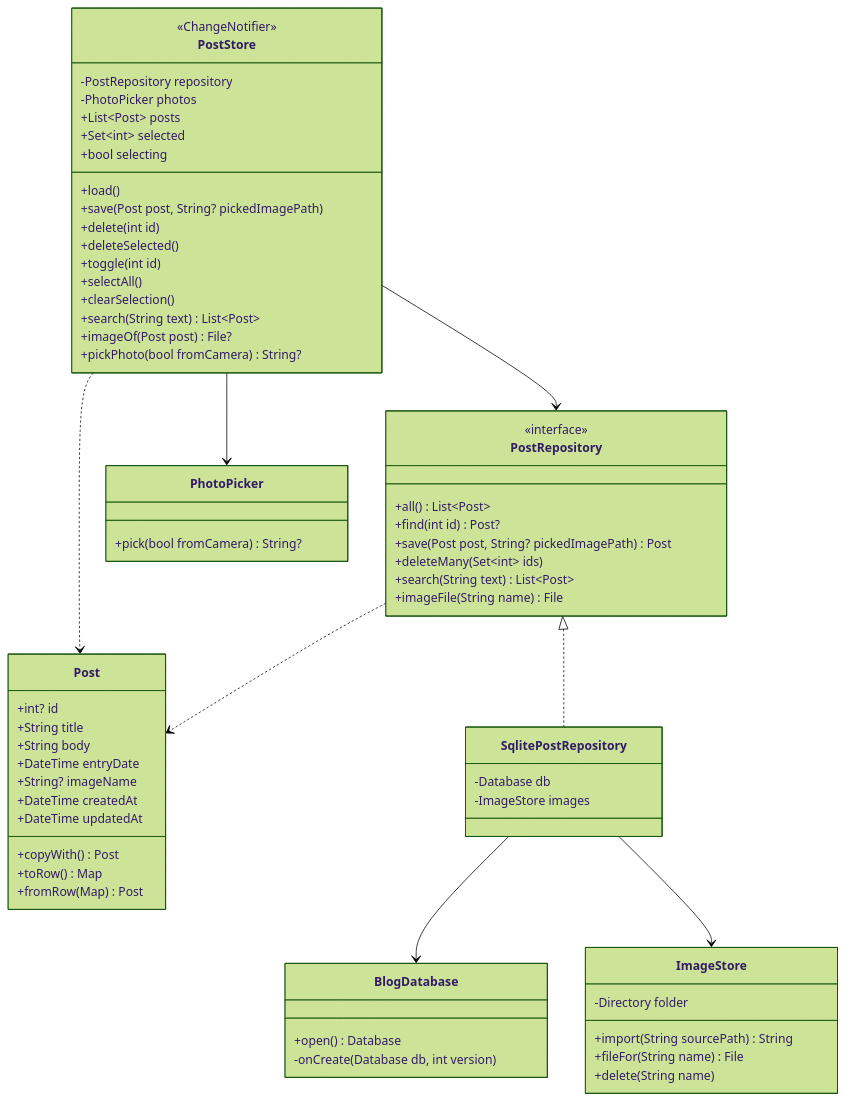
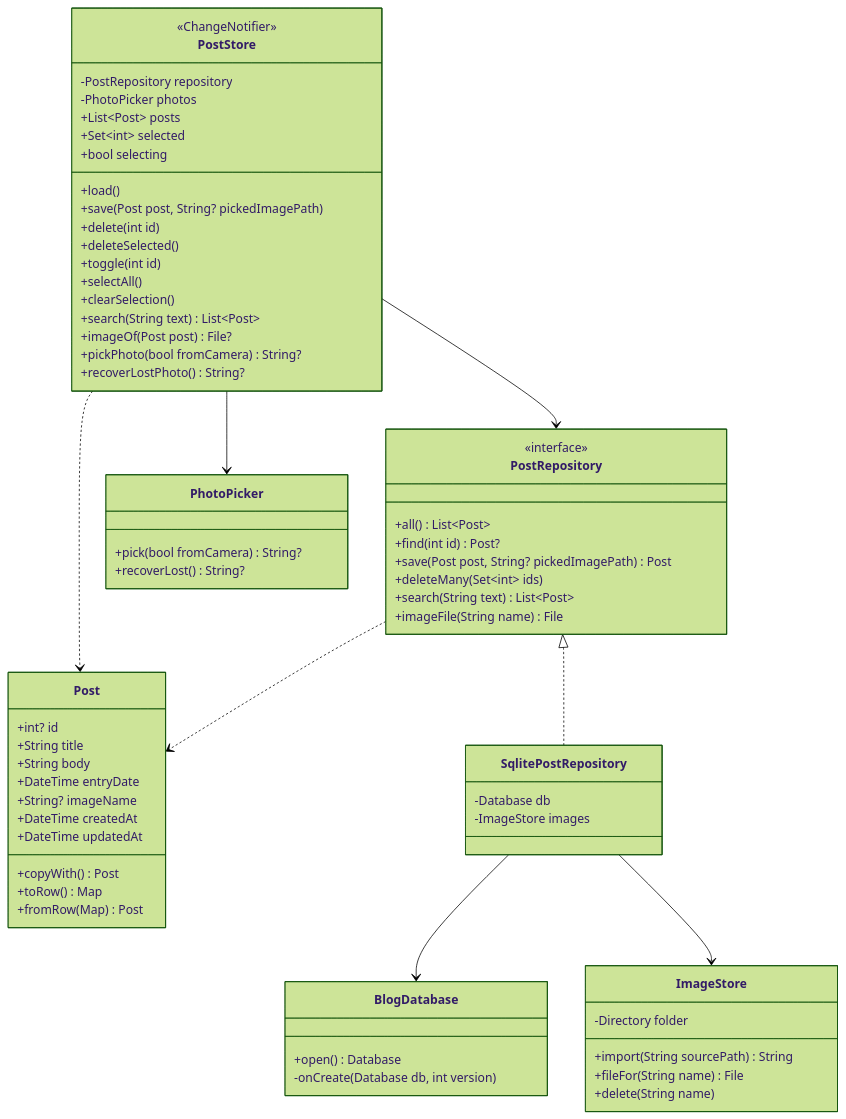
One commit to baho-j/folio-blog changed the first of 6 diagrams in docs/DESIGN.md. Above: the diagram before and after it, drawn with Mermaid (forest theme). The commit also changed other lines of this file and 9 other files, not shown here.

Commit message:
recover lost camera data and add decisions log

````diff
--- a/docs/DESIGN.md
+++ b/docs/DESIGN.md
@@ -11,73 +11,75 @@
 ```mermaid
 classDiagram
     class Post {
         +int? id
         +String title
         +String body
         +DateTime entryDate
         +String? imageName
         +DateTime createdAt
         +DateTime updatedAt
         +copyWith() Post
         +toRow() Map
         +fromRow(Map) Post
     }
 
     class PostRepository {
         <<interface>>
         +all() List~Post~
         +find(int id) Post?
         +save(Post post, String? pickedImagePath) Post
         +deleteMany(Set~int~ ids)
         +search(String text) List~Post~
         +imageFile(String name) File
     }
 
     class SqlitePostRepository {
         -Database db
         -ImageStore images
     }
 
     class PhotoPicker {
         +pick(bool fromCamera) String?
+        +recoverLost() String?
     }
 
     class BlogDatabase {
         +open() Database
         -onCreate(Database db, int version)
     }
 
     class ImageStore {
         -Directory folder
         +import(String sourcePath) String
         +fileFor(String name) File
         +delete(String name)
     }
 
     class PostStore {
         <<ChangeNotifier>>
         -PostRepository repository
         -PhotoPicker photos
         +List~Post~ posts
         +Set~int~ selected
         +bool selecting
         +load()
         +save(Post post, String? pickedImagePath)
         +delete(int id)
         +deleteSelected()
         +toggle(int id)
         +selectAll()
         +clearSelection()
         +search(String text) List~Post~
         +imageOf(Post post) File?
         +pickPhoto(bool fromCamera) String?
+        +recoverLostPhoto() String?
     }
 
     PostRepository <|.. SqlitePostRepository
     SqlitePostRepository --> BlogDatabase
     SqlitePostRepository --> ImageStore
     PostStore --> PostRepository
     PostStore --> PhotoPicker
     PostStore ..> Post
     PostRepository ..> Post
 ```
````
